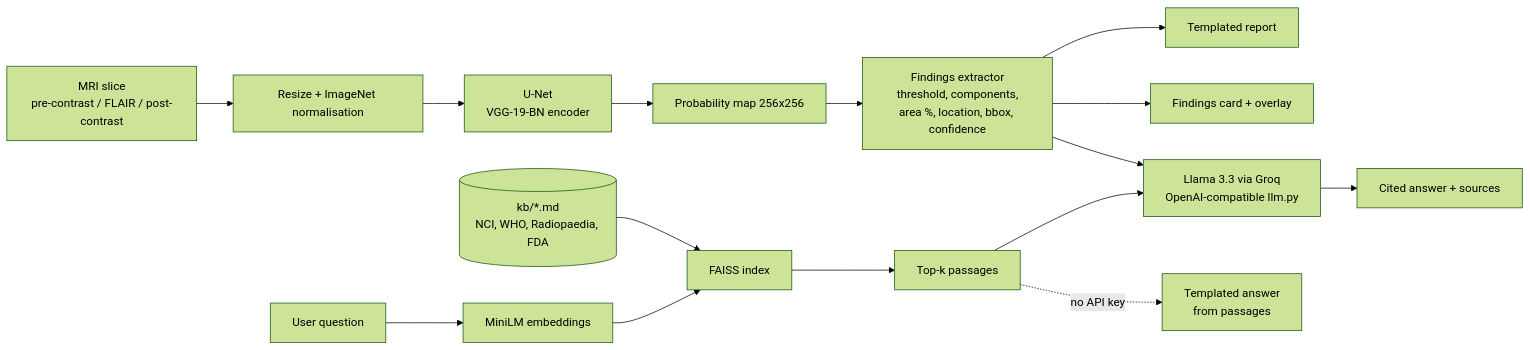
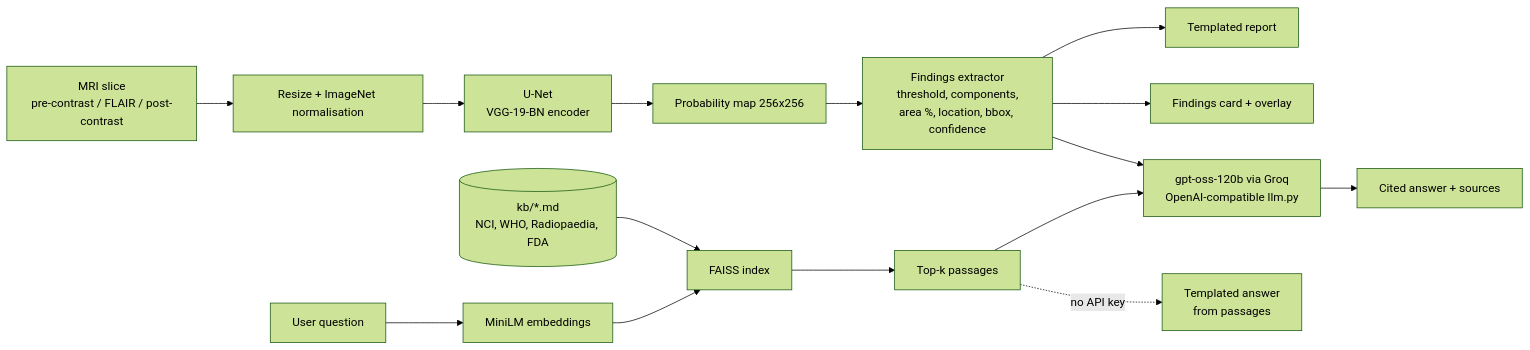
Before and after one commit to Amna05Chaudhry/neurobot-mri: the diagram in README.md, drawn with Mermaid (forest theme). The commit also changed other lines of this file and 3 other files, not shown here.

Commit message:
Default LLM to openai/gpt-oss-120b (Groq retired Llama 3.3 70B)

````diff
--- a/README.md
+++ b/README.md
@@ -27,15 +27,15 @@
 ```mermaid
 flowchart LR
     A[MRI slice<br/>pre-contrast / FLAIR / post-contrast] --> B[Resize + ImageNet normalisation]
     B --> C[U-Net<br/>VGG-19-BN encoder]
     C --> D[Probability map 256x256]
     D --> E[Findings extractor<br/>threshold, components,<br/>area %, location, bbox, confidence]
     E --> F[Templated report]
     E --> G[Findings card + overlay]
     Q[User question] --> H[MiniLM embeddings]
     K[(kb/*.md<br/>NCI, WHO, Radiopaedia, FDA)] --> I[FAISS index]
     H --> I --> J[Top-k passages]
-    E --> L[Llama 3.3 via Groq<br/>OpenAI-compatible llm.py]
+    E --> L[gpt-oss-120b via Groq<br/>OpenAI-compatible llm.py]
     J --> L --> M[Cited answer + sources]
     J -. no API key .-> N[Templated answer<br/>from passages]
 ```
````
